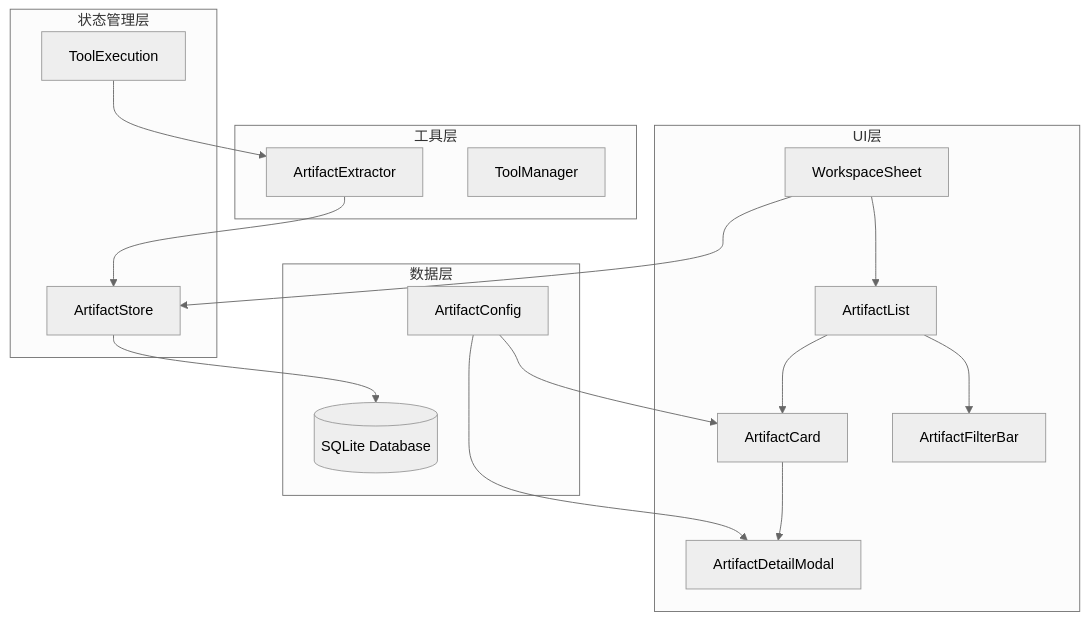
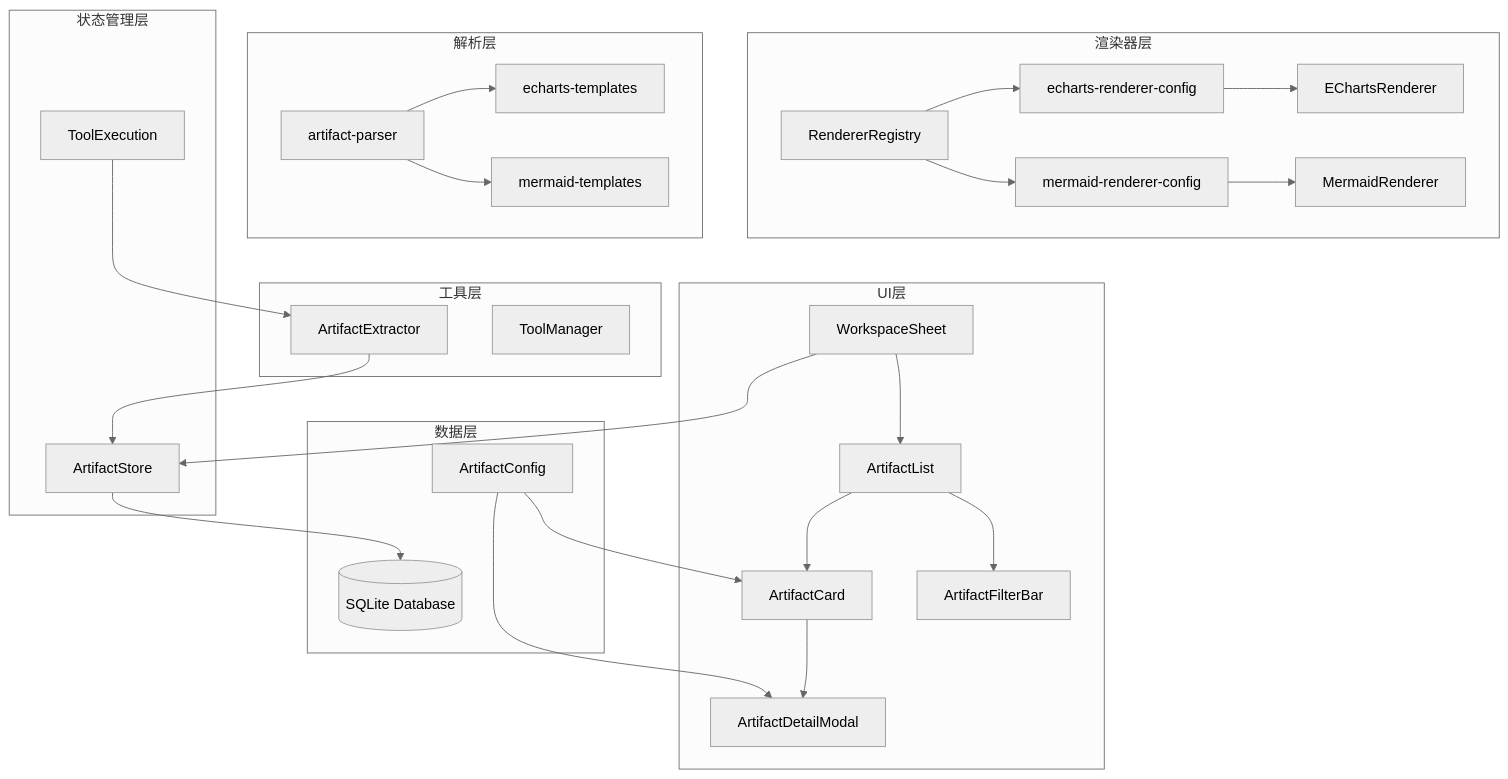
The first of 14 diagrams in .qoder/repowiki/zh/content/开发指南/知识管理系统/工件系统实现.md (NarcisWL/Nexara), drawn with Mermaid (neutral theme) before and after one commit. The commit also changed other lines of this file and 4 other files, not shown here.

````diff
--- a/.qoder/repowiki/zh/content/开发指南/知识管理系统/工件系统实现.md
+++ b/.qoder/repowiki/zh/content/开发指南/知识管理系统/工件系统实现.md
@@ -46,32 +67,50 @@
 ```mermaid
 graph TB
+subgraph "渲染器层"
+RR[RendererRegistry]
+EC[echarts-renderer-config]
+MC[mermaid-renderer-config]
+ER[EChartsRenderer]
+MR[MermaidRenderer]
+end
+subgraph "解析层"
+AP[artifact-parser]
+ET[echarts-templates]
+MT[mermaid-templates]
+end
 subgraph "UI层"
 WS[WorkspaceSheet]
 AL[ArtifactList]
 AC[ArtifactCard]
 ADM[ArtifactDetailModal]
 AFB[ArtifactFilterBar]
 end
 subgraph "状态管理层"
 AS[ArtifactStore]
 TS[ToolExecution]
 end
 subgraph "数据层"
 DB[(SQLite Database)]
 ACfg[ArtifactConfig]
 end
 subgraph "工具层"
 AE[ArtifactExtractor]
 TM[ToolManager]
 end
+RR --> EC
+RR --> MC
+EC --> ER
+MC --> MR
+AP --> ET
+AP --> MT
 WS --> AL
 AL --> AC
 AL --> AFB
 AC --> ADM
 AS --> DB
 AE --> AS
 TS --> AE
 WS --> AS
 ACfg --> AC
 ACfg --> ADM
 ```
````
